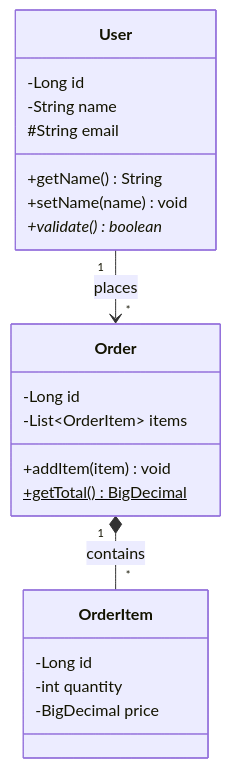
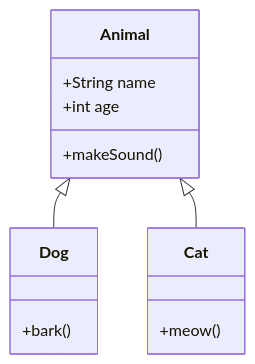
Before and after one commit to younwony/TIL: the third of 8 diagrams in .claude/skills/mermaid-diagram/SKILL.md, drawn with Mermaid. The commit also changed other lines of this file and 38 other files, not shown here.

Commit message:
docs: 텍스트 다이어그램을 SVG 이미지로 교체, 네트워크 및 시스템 설계 문서 업데이트

````diff
--- a/.claude/skills/mermaid-diagram/SKILL.md
+++ b/.claude/skills/mermaid-diagram/SKILL.md
@@ -303,27 +115,16 @@
 ```mermaid
 classDiagram
-    class User {
-        -Long id
-        -String name
-        #String email
-        +getName() String
-        +setName(name) void
-        +validate()* boolean
+    class Animal {
+        +String name
+        +int age
+        +makeSound()
     }
-
-    class Order {
-        -Long id
-        -List~OrderItem~ items
-        +addItem(item) void
-        +getTotal()$ BigDecimal
+    class Dog {
+        +bark()
     }
-
-    class OrderItem {
-        -Long id
-        -int quantity
-        -BigDecimal price
+    class Cat {
+        +meow()
     }
-
-    User "1" --> "*" Order : places
-    Order "1" *-- "*" OrderItem : contains
+    Animal <|-- Dog
+    Animal <|-- Cat
 ```
````
